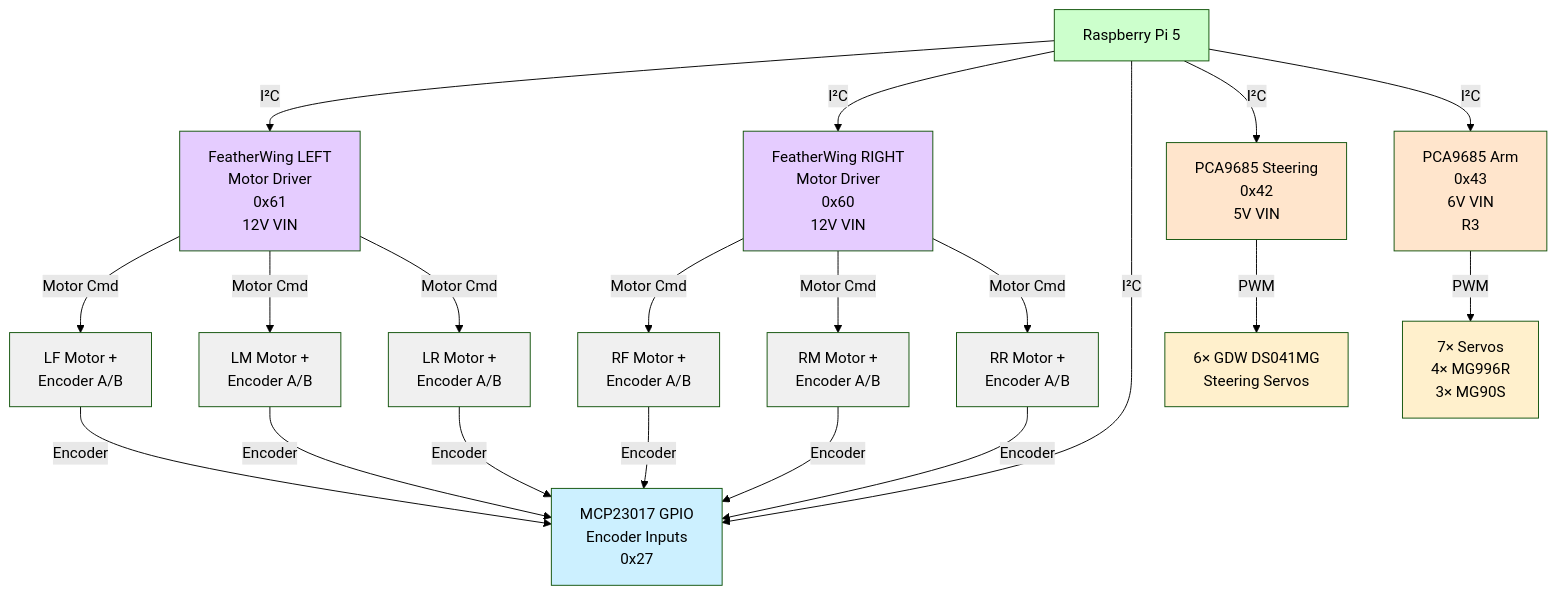
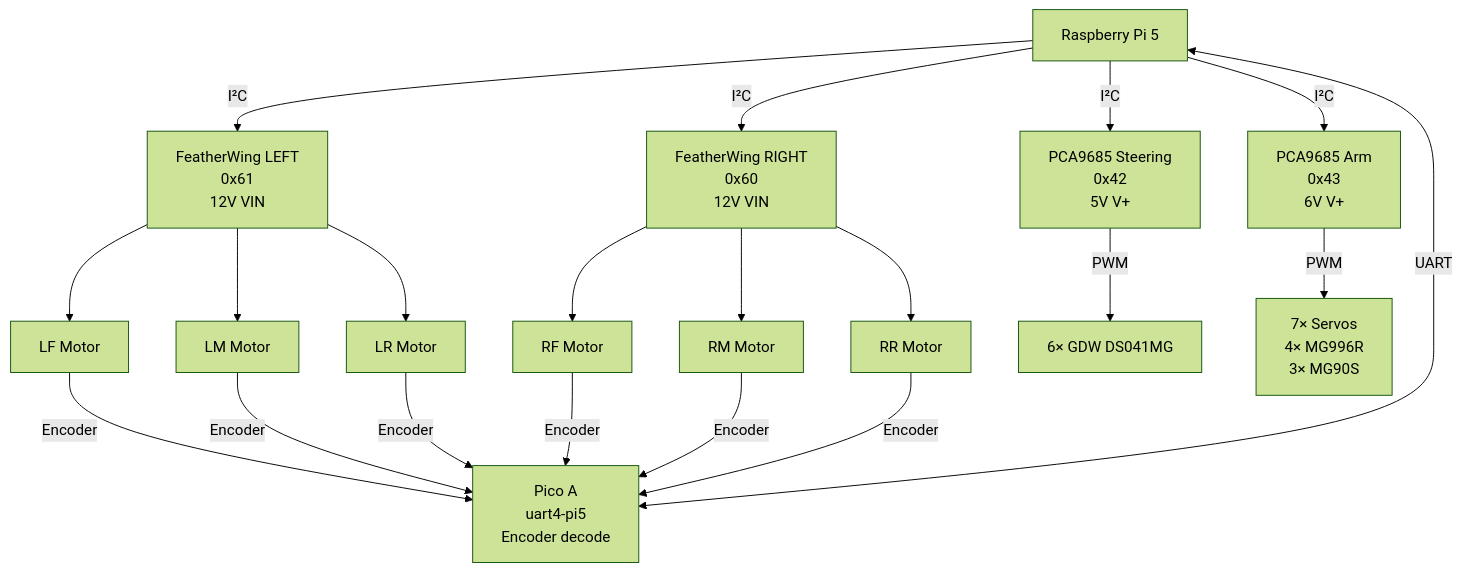
The second of 2 diagrams in docs/WildWilly_Master_Hardware_Design_v2.0.md (hdhimmel/willy-rover), drawn with Mermaid (forest theme) before and after one commit. The commit also changed other lines of this file and 1 other file, not shown here.

````diff
--- a/docs/WildWilly_Master_Hardware_Design_v2.0.md
+++ b/docs/WildWilly_Master_Hardware_Design_v2.0.md
@@ -2608,62 +1210,36 @@
 ```mermaid
 graph TD
     PI["Raspberry Pi 5"]
-    
-    FWL["FeatherWing LEFT<br/>Motor Driver<br/>0x61<br/>12V VIN"]
-    FWR["FeatherWing RIGHT<br/>Motor Driver<br/>0x60<br/>12V VIN"]
-    
-    ENC["MCP23017 GPIO<br/>Encoder Inputs<br/>0x27"]
-    
-    LF["LF Motor +<br/>Encoder A/B"]
-    LM["LM Motor +<br/>Encoder A/B"]
-    LR["LR Motor +<br/>Encoder A/B"]
-    RF["RF Motor +<br/>Encoder A/B"]
-    RM["RM Motor +<br/>Encoder A/B"]
-    RR["RR Motor +<br/>Encoder A/B"]
-    
-    PCA_STEER["PCA9685 Steering<br/>0x42<br/>5V VIN"]
-    STEER_SERVO["6× GDW DS041MG<br/>Steering Servos"]
-    
-    PCA_ARM["PCA9685 Arm<br/>0x43<br/>6V VIN<br/>R3"]
+    FWL["FeatherWing LEFT<br/>0x61<br/>12V VIN"]
+    FWR["FeatherWing RIGHT<br/>0x60<br/>12V VIN"]
+    PICOA["Pico A<br/>uart4-pi5<br/>Encoder decode"]
+    LF["LF Motor"]
+    LM["LM Motor"]
+    LR["LR Motor"]
+    RF["RF Motor"]
+    RM["RM Motor"]
+    RR["RR Motor"]
+    PCA_STEER["PCA9685 Steering<br/>0x42<br/>5V V+"]
+    STEER_SERVO["6× GDW DS041MG"]
+    PCA_ARM["PCA9685 Arm<br/>0x43<br/>6V V+"]
     ARM_SERVO["7× Servos<br/>4× MG996R<br/>3× MG90S"]
-    
     PI -->|I²C| FWL
     PI -->|I²C| FWR
-    PI -->|I²C| ENC
     PI -->|I²C| PCA_STEER
     PI -->|I²C| PCA_ARM
-    
-    FWL -->|Motor Cmd| LF
-    FWL -->|Motor Cmd| LM
-    FWL -->|Motor Cmd| LR
-    
-    FWR -->|Motor Cmd| RF
-    FWR -->|Motor Cmd| RM
-    FWR -->|Motor Cmd| RR
-    
-    LF -->|Encoder| ENC
-    LM -->|Encoder| ENC
-    LR -->|Encoder| ENC
-    RF -->|Encoder| ENC
-    RM -->|Encoder| ENC
-    RR -->|Encoder| ENC
-    
+    PI <-->|UART| PICOA
+    FWL --> LF
+    FWL --> LM
+    FWL --> LR
+    FWR --> RF
+    FWR --> RM
+    FWR --> RR
+    LF -->|Encoder| PICOA
+    LM -->|Encoder| PICOA
+    LR -->|Encoder| PICOA
+    RF -->|Encoder| PICOA
+    RM -->|Encoder| PICOA
+    RR -->|Encoder| PICOA
     PCA_STEER -->|PWM| STEER_SERVO
-    
     PCA_ARM -->|PWM| ARM_SERVO
-    
-    style PI fill:#ccffcc
-    style FWL fill:#e5ccff
-    style FWR fill:#e5ccff
-    style ENC fill:#ccf0ff
-    style PCA_STEER fill:#ffe5cc
-    style PCA_ARM fill:#ffe5cc
-    style LF fill:#f0f0f0
-    style LM fill:#f0f0f0
-    style LR fill:#f0f0f0
-    style RF fill:#f0f0f0
-    style RM fill:#f0f0f0
-    style RR fill:#f0f0f0
-    style STEER_SERVO fill:#fff0cc
-    style ARM_SERVO fill:#fff0cc
 ```
````
